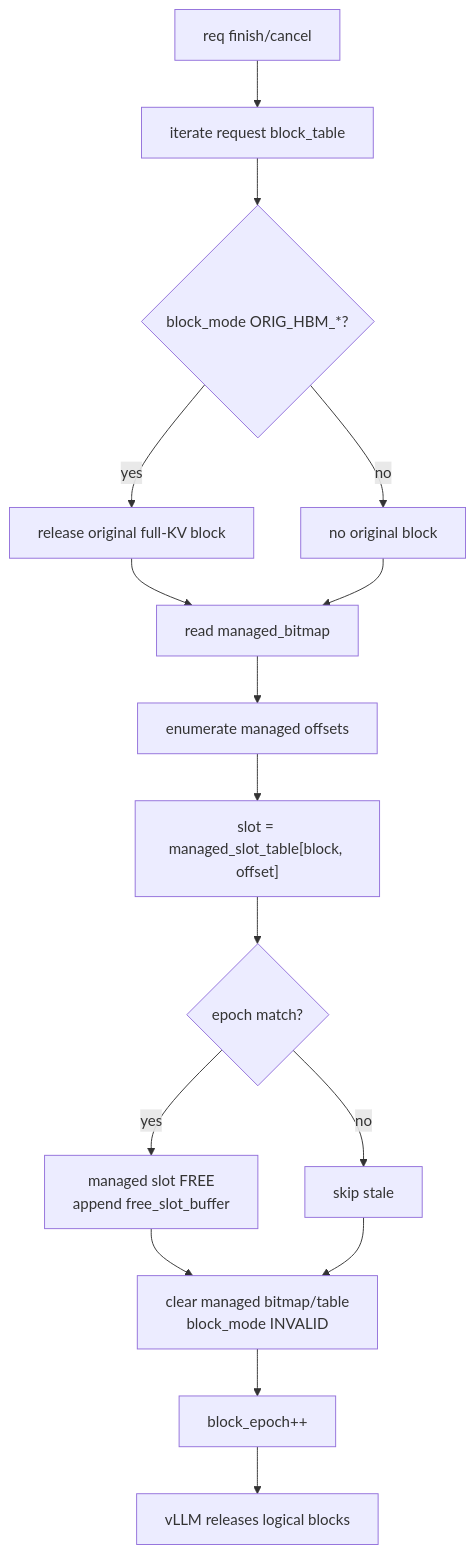
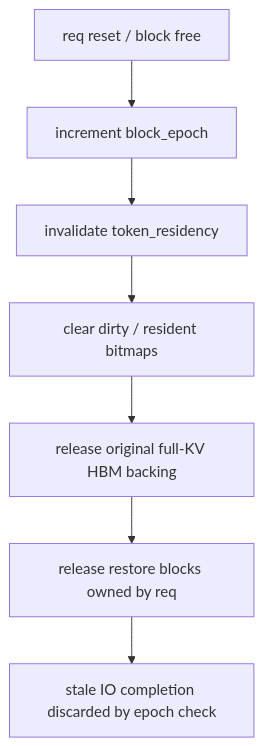
Before and after one commit to ykfnxx/ASU-Ascend: the seventh of 7 diagrams in docs/draft/2026-06-02-npu-hbm-kvcache-management-draft.md, drawn with Mermaid. The commit also changed other lines of this file, not shown here.

````diff
--- a/docs/draft/2026-06-02-npu-hbm-kvcache-management-draft.md
+++ b/docs/draft/2026-06-02-npu-hbm-kvcache-management-draft.md
@@ -1052,18 +916,9 @@
 ```mermaid
 flowchart TB
-    A["req finish/cancel"] --> B["iterate request block_table"]
-    B --> C{"block_mode ORIG_HBM_*?"}
-    C -- "yes" --> D["release original full-KV block"]
-    C -- "no" --> E["no original block"]
-    D --> F["read managed_bitmap"]
-    E --> F
-    F --> G["enumerate managed offsets"]
-    G --> H["slot = managed_slot_table[block, offset]"]
-    H --> I{"epoch match?"}
-    I -- "yes" --> J["managed slot FREE<br/>append free_slot_buffer"]
-    I -- "no" --> K["skip stale"]
-    J --> L["clear managed bitmap/table<br/>block_mode INVALID"]
-    K --> L
-    L --> M["block_epoch++"]
-    M --> N["vLLM releases logical blocks"]
+    A["req reset / block free"] --> B["increment block_epoch"]
+    B --> C["invalidate token_residency"]
+    C --> D["clear dirty / resident bitmaps"]
+    D --> E["release original full-KV HBM backing"]
+    E --> F["release restore blocks owned by req"]
+    F --> G["stale IO completion discarded by epoch check"]
 ```
````
